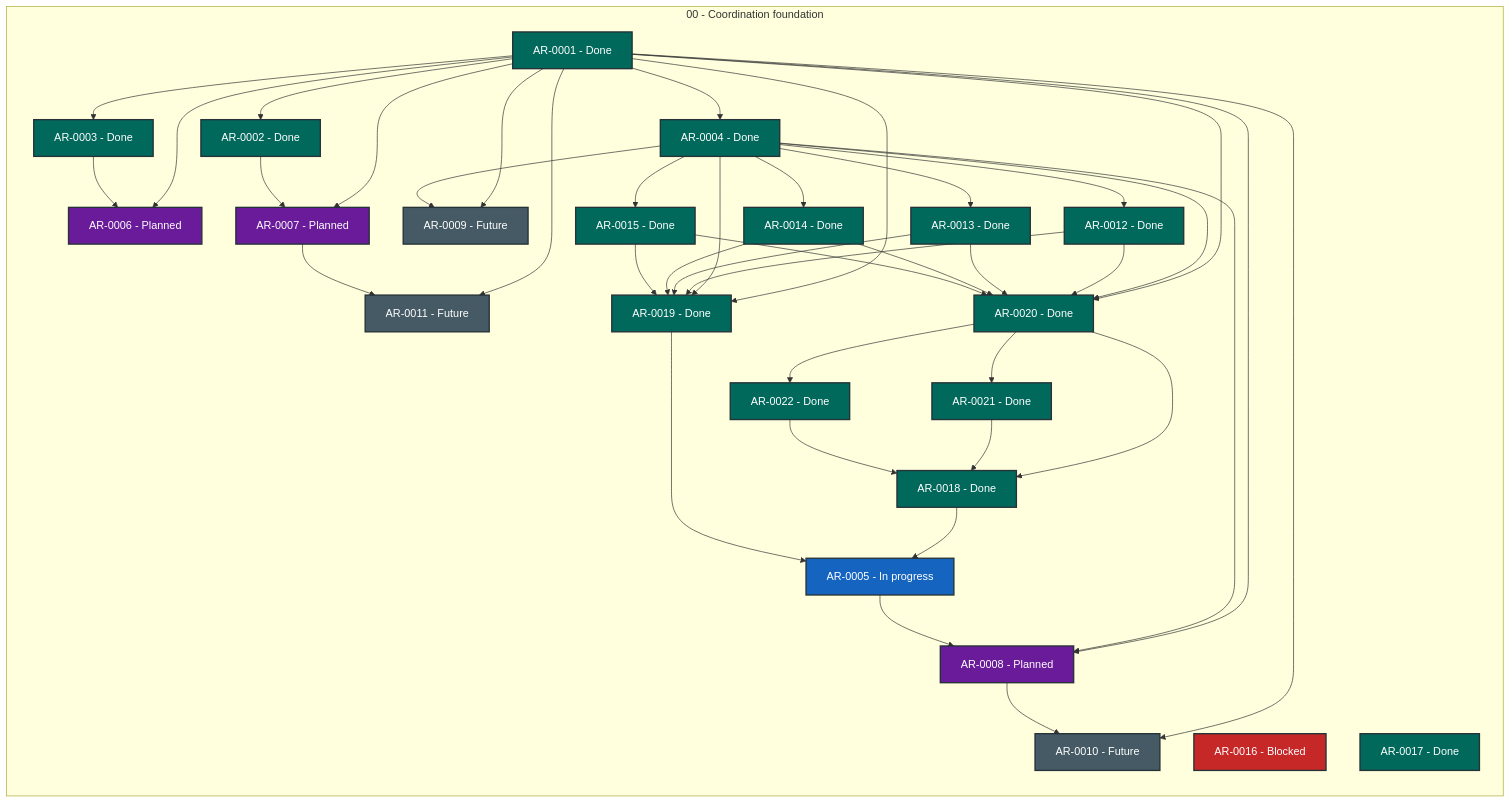
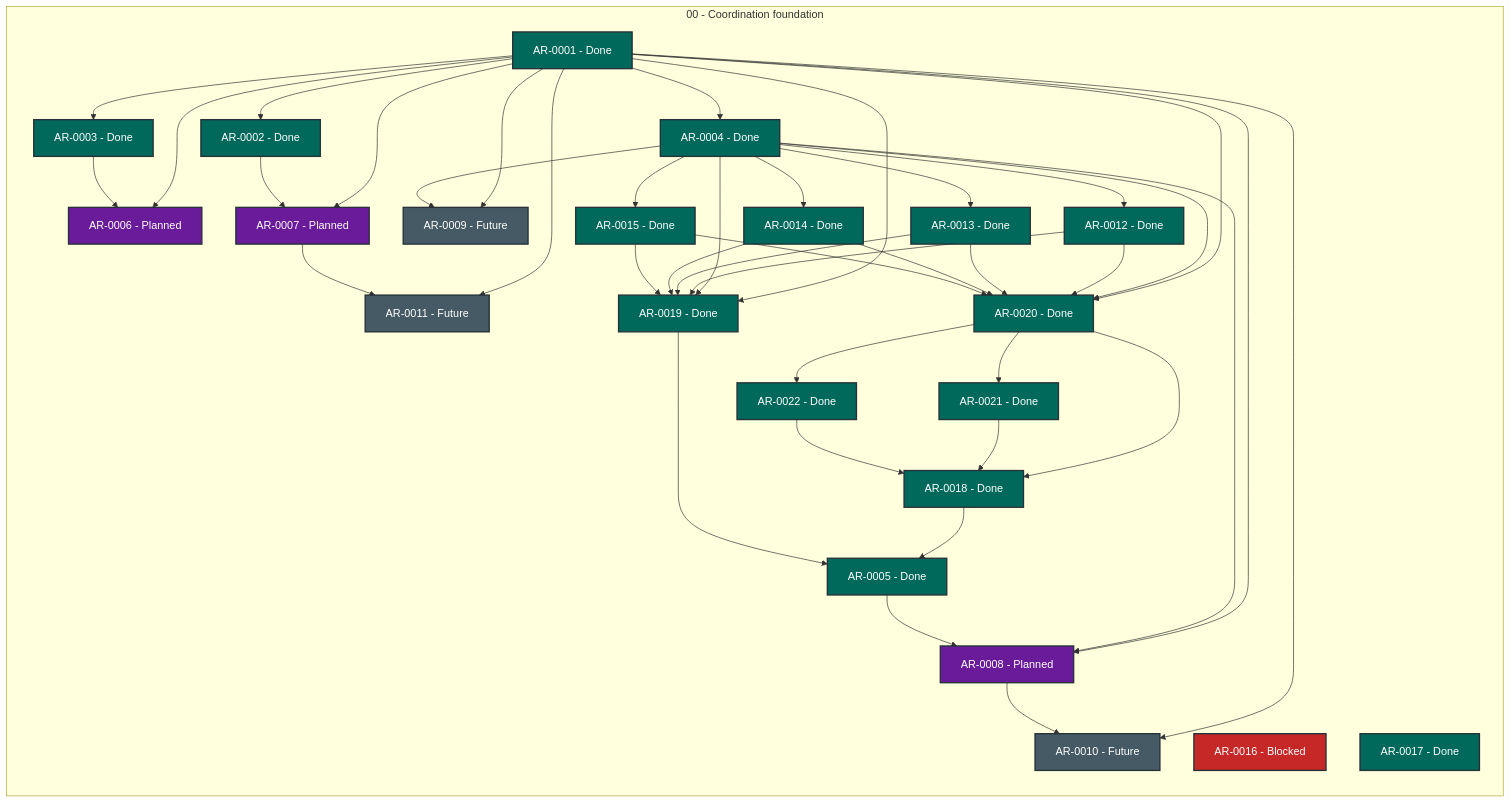
The diagram in STATUS.md (martin-beck/agent-workflow-quality-state), drawn with Mermaid before and after one commit. The commit also changed other lines of this file and 2 other files, not shown here.

````diff
--- a/STATUS.md
+++ b/STATUS.md
@@ -27,75 +27,75 @@
 ```mermaid
 flowchart LR
     subgraph series_00["00 - Coordination foundation"]
         direction TB
         AR_0001["AR-0001 - Done"]:::status_done
         AR_0002["AR-0002 - Done"]:::status_done
         AR_0003["AR-0003 - Done"]:::status_done
         AR_0004["AR-0004 - Done"]:::status_done
-        AR_0005["AR-0005 - In progress"]:::status_in_progress
+        AR_0005["AR-0005 - Done"]:::status_done
         AR_0006["AR-0006 - Planned"]:::status_planned
         AR_0007["AR-0007 - Planned"]:::status_planned
         AR_0008["AR-0008 - Planned"]:::status_planned
         AR_0009["AR-0009 - Future"]:::status_future
         AR_0010["AR-0010 - Future"]:::status_future
         AR_0011["AR-0011 - Future"]:::status_future
         AR_0012["AR-0012 - Done"]:::status_done
         AR_0013["AR-0013 - Done"]:::status_done
         AR_0014["AR-0014 - Done"]:::status_done
         AR_0015["AR-0015 - Done"]:::status_done
         AR_0016["AR-0016 - Blocked"]:::status_blocked
         AR_0017["AR-0017 - Done"]:::status_done
         AR_0018["AR-0018 - Done"]:::status_done
         AR_0019["AR-0019 - Done"]:::status_done
         AR_0020["AR-0020 - Done"]:::status_done
         AR_0021["AR-0021 - Done"]:::status_done
         AR_0022["AR-0022 - Done"]:::status_done
     end
     AR_0001 --> AR_0002
     AR_0001 --> AR_0003
     AR_0001 --> AR_0004
     AR_0001 --> AR_0006
     AR_0001 --> AR_0007
     AR_0001 --> AR_0008
     AR_0001 --> AR_0009
     AR_0001 --> AR_0010
     AR_0001 --> AR_0011
     AR_0001 --> AR_0019
     AR_0001 --> AR_0020
     AR_0002 --> AR_0007
     AR_0003 --> AR_0006
     AR_0004 --> AR_0008
     AR_0004 --> AR_0009
     AR_0004 --> AR_0012
     AR_0004 --> AR_0013
     AR_0004 --> AR_0014
     AR_0004 --> AR_0015
     AR_0004 --> AR_0019
     AR_0004 --> AR_0020
     AR_0005 --> AR_0008
     AR_0007 --> AR_0011
     AR_0008 --> AR_0010
     AR_0012 --> AR_0019
     AR_0012 --> AR_0020
     AR_0013 --> AR_0019
     AR_0013 --> AR_0020
     AR_0014 --> AR_0019
     AR_0014 --> AR_0020
     AR_0015 --> AR_0019
     AR_0015 --> AR_0020
     AR_0018 --> AR_0005
     AR_0019 --> AR_0005
     AR_0020 --> AR_0018
     AR_0020 --> AR_0021
     AR_0020 --> AR_0022
     AR_0021 --> AR_0018
     AR_0022 --> AR_0018
     classDef status_in_progress fill:#1565c0,color:#ffffff,stroke:#263238,stroke-width:2px
     classDef status_open fill:#2e7d32,color:#ffffff,stroke:#263238,stroke-width:2px
     classDef status_blocked fill:#c62828,color:#ffffff,stroke:#263238,stroke-width:2px
     classDef status_planned fill:#6a1b9a,color:#ffffff,stroke:#263238,stroke-width:2px
     classDef status_future fill:#455a64,color:#ffffff,stroke:#263238,stroke-width:2px
     classDef status_done fill:#00695c,color:#ffffff,stroke:#263238,stroke-width:2px
     classDef status_cancelled fill:#616161,color:#ffffff,stroke:#263238,stroke-width:2px
     classDef status_superseded fill:#5d4037,color:#ffffff,stroke:#263238,stroke-width:2px
 ```
````
